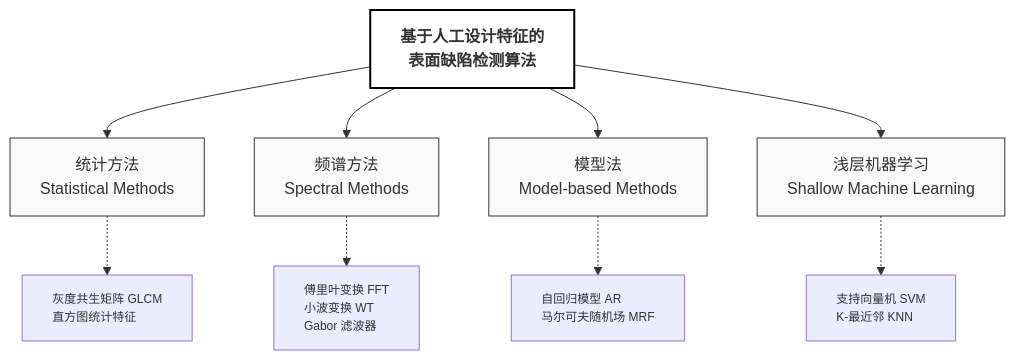
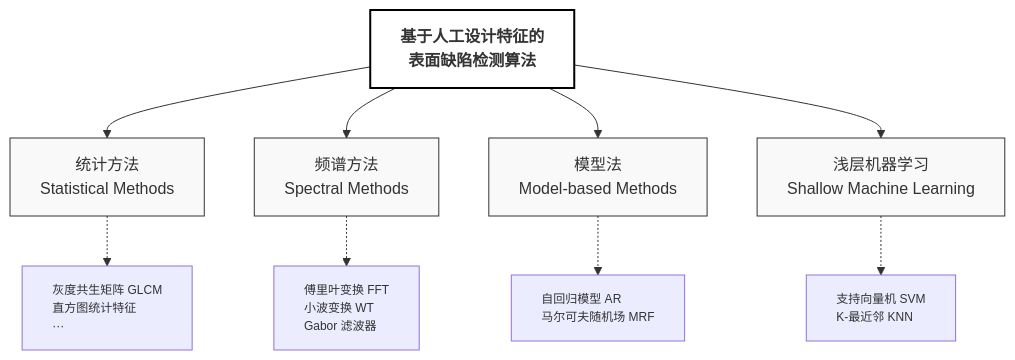
Before and after one commit to MAOSHENGsong/iodraw-files: the diagram in all/未命名-1.md, drawn with Mermaid.

Commit message:
2026-03-17 18:26:55 update

````diff
--- a/all/未命名-1.md
+++ b/all/未命名-1.md
@@ -1,43 +1,43 @@
 ```mermaid
 graph TB
     %% 核心标题
     Main[
     基于人工设计特征的
     表面缺陷检测算法] 
     
     %% 第一层级：四大分支
     Statistical[统计方法<br/>Statistical Methods]
     Spectral[频谱方法<br/>Spectral Methods]
     Model[模型法<br/>Model-based Methods]
     Machine[浅层机器学习<br/>Shallow Machine Learning]
 
     %% 第二层级：典型算法
-    Sub_Stat[灰度共生矩阵 GLCM<br/>直方图统计特征<br/>]
+    Sub_Stat[灰度共生矩阵 GLCM<br/>直方图统计特征<br/> ···]
     Sub_Spec[傅里叶变换 FFT<br/>小波变换 WT<br/>Gabor 滤波器]
     Sub_Mod[自回归模型 AR<br/>马尔可夫随机场 MRF<br/>]
     Sub_Mach[支持向量机 SVM<br/>K-最近邻 KNN]
 
     %% 建立连接
     Main --> Statistical
     Main --> Spectral
     Main --> Model
     Main --> Machine
 
     Statistical -.-> Sub_Stat
     Spectral -.-> Sub_Spec
     Model -.-> Sub_Mod
     Machine -.-> Sub_Mach
 
     %% 样式美化：论文通常使用白底黑字或淡色调
     style Main fill:#ffffff,stroke:#000,stroke-width:2px,font-weight:bold
     style Statistical fill:#f9f9f9,stroke:#333,stroke-width:1px
     style Spectral fill:#f9f9f9,stroke:#333,stroke-width:1px
     style Model fill:#f9f9f9,stroke:#333,stroke-width:1px
     style Machine fill:#f9f9f9,stroke:#333,stroke-width:1px
     
     %% 细化子项样式
     style Sub_Stat font-size:12px,text-align:left
     style Sub_Spec font-size:12px,text-align:left
     style Sub_Mod font-size:12px,text-align:left
     style Sub_Mach font-size:12px,text-align:left
 ```
````
